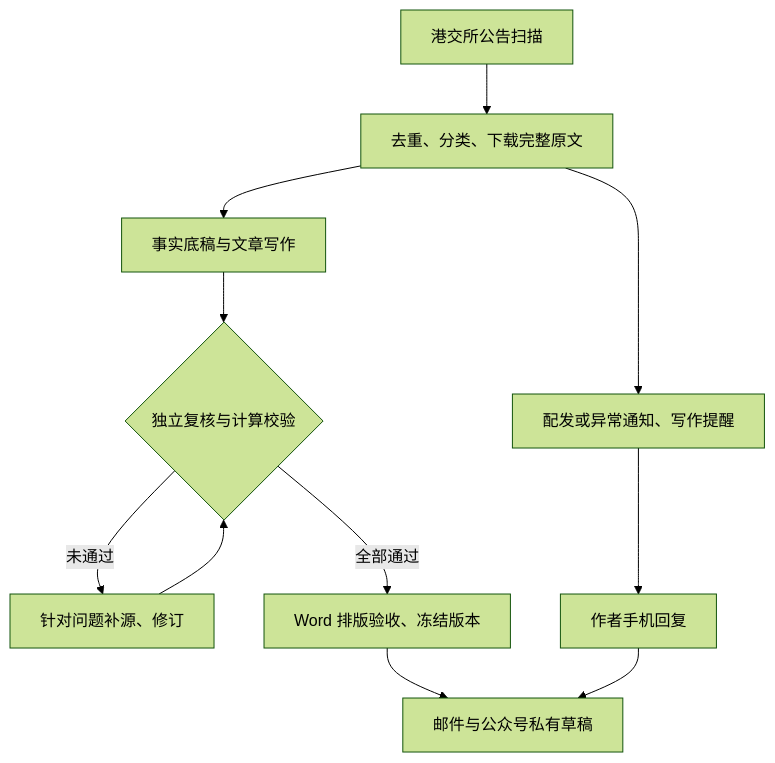
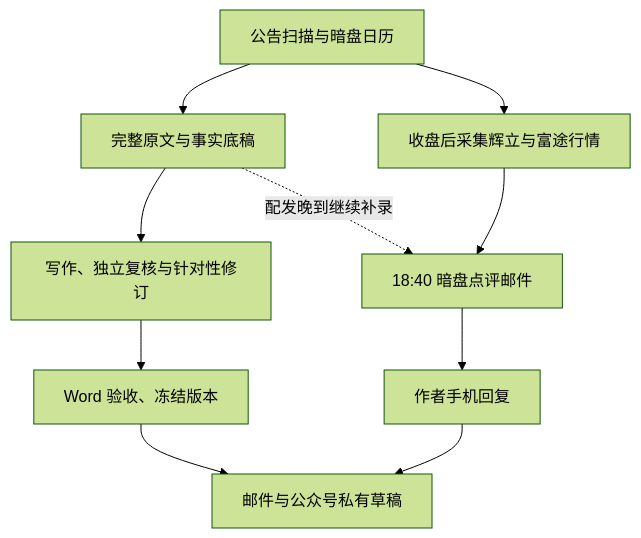
Before and after one commit to jeffinchina/hkipo-workflow: the diagram in README.md, drawn with Mermaid (forest theme). The commit also changed other lines of this file and 31 other files, not shown here.

````diff
--- a/README.md
+++ b/README.md
@@ -7,13 +7,12 @@
 ```mermaid
 flowchart TD
-    A[港交所公告扫描] --> B[去重、分类、下载完整原文]
-    B --> C[事实底稿与文章写作]
-    C --> D{独立复核与计算校验}
-    D -->|未通过| E[针对问题补源、修订]
-    E --> D
-    D -->|全部通过| F[Word 排版验收、冻结版本]
-    F --> G[邮件与公众号私有草稿]
-    B --> H[配发或异常通知、写作提醒]
-    H --> I[作者手机回复]
-    I --> G
+    A[公告扫描与暗盘日历] --> B[完整原文与事实底稿]
+    B --> C[写作、独立复核与针对性修订]
+    C --> D[Word 验收、冻结版本]
+    D --> E[邮件与公众号私有草稿]
+    A --> F[收盘后采集辉立与富途行情]
+    F --> G[18:40 暗盘点评邮件]
+    B -.配发晚到继续补录.-> G
+    G --> H[作者手机回复]
+    H --> E
 ```
````
